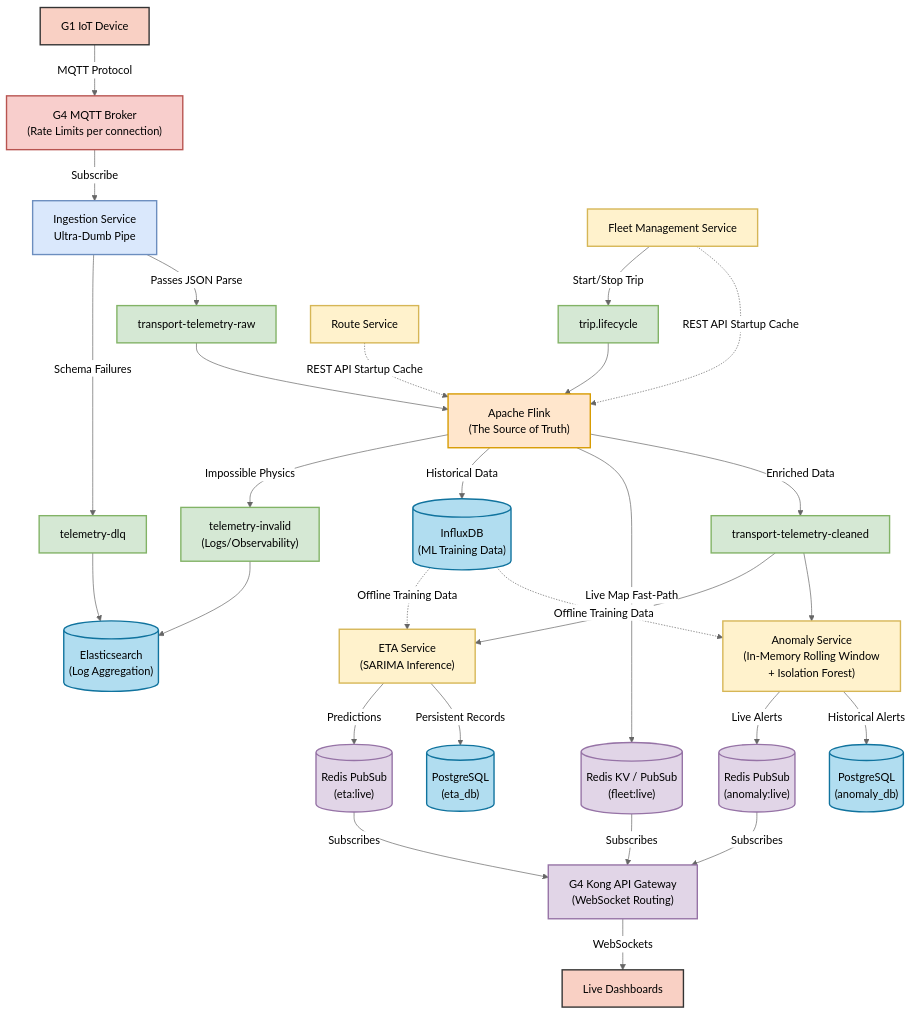
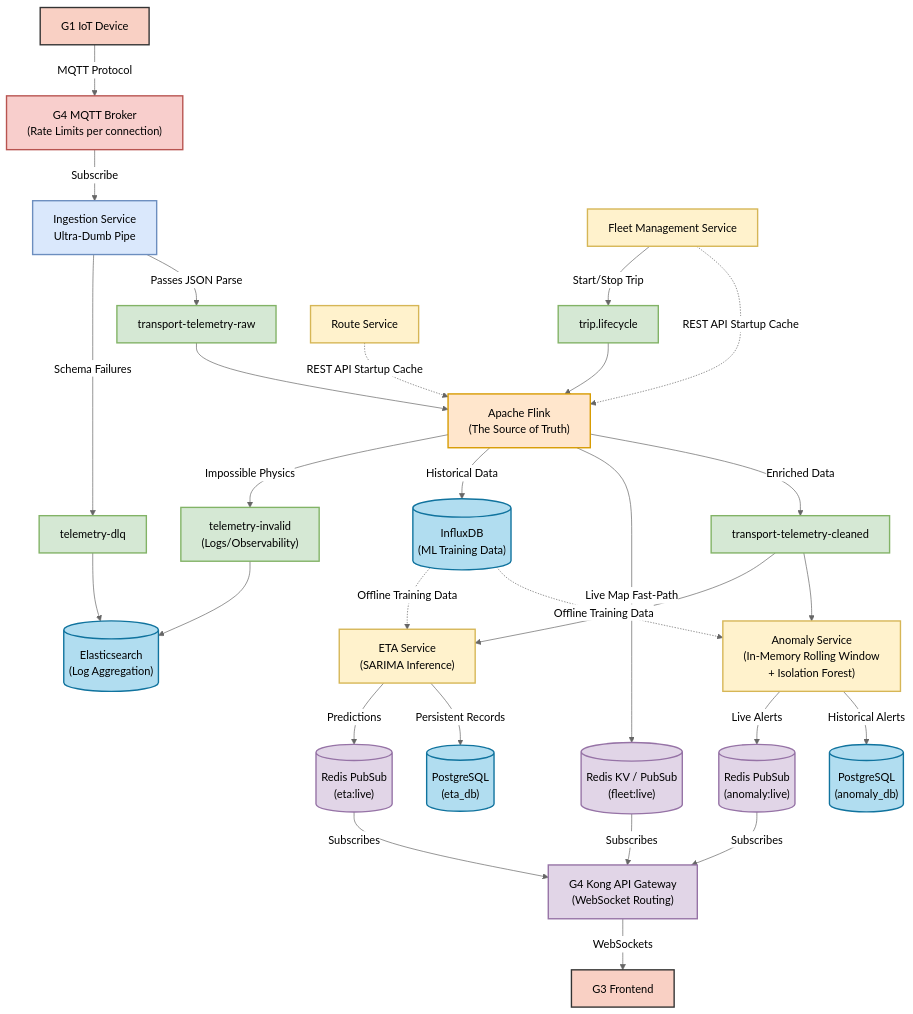
The diagram in docs/CR_1.md (OnTime-SE-G/ontime-g2), drawn with Mermaid (neutral theme) before and after one commit.

Commit message:
diagram changed

````diff
--- a/docs/CR_1.md
+++ b/docs/CR_1.md
@@ -18,52 +18,52 @@
 ```mermaid
 graph TD
     classDef g1 fill:#f9d0c4,stroke:#333,stroke-width:2px;
     classDef mqtt fill:#f8cecc,stroke:#b85450,stroke-width:2px;
     classDef ingest fill:#dae8fc,stroke:#6c8ebf,stroke-width:2px;
     classDef kafka fill:#d5e8d4,stroke:#82b366,stroke-width:2px;
     classDef flink fill:#ffe6cc,stroke:#d79b00,stroke-width:2px;
     classDef redis fill:#e1d5e7,stroke:#9673a6,stroke-width:2px;
     classDef service fill:#fff2cc,stroke:#d6b656,stroke-width:2px;
     classDef ws fill:#e1d5e7,stroke:#9673a6,stroke-width:2px;
     classDef db fill:#b1ddf0,stroke:#10739e,stroke-width:2px;
 
     G1["G1 IoT Device"]:::g1 -->|MQTT Protocol| Broker["G4 MQTT Broker<br>(Rate Limits per connection)"]:::mqtt
     
     Broker -->|Subscribe| Ingest["Ingestion Service<br>Ultra-Dumb Pipe"]:::ingest
     Ingest -->|Schema Failures| DLQ["telemetry-dlq"]:::kafka
     Ingest -->|Passes JSON Parse| Raw["transport-telemetry-raw"]:::kafka
     
     FleetService["Fleet Management Service"]:::service -->|Start/Stop Trip| Lifecycle["trip.lifecycle"]:::kafka
     RouteService["Route Service"]:::service -.->|REST API Startup Cache| Flink
     FleetService -.->|REST API Startup Cache| Flink
     
     Raw --> Flink["Apache Flink<br>(The Source of Truth)"]:::flink
     Lifecycle --> Flink
     
     Flink -->|Impossible Physics| Invalid["telemetry-invalid<br>(Logs/Observability)"]:::kafka
     Flink -->|Historical Data| InfluxDB[("InfluxDB<br>(ML Training Data)")]:::db
     Flink -->|Live Map Fast-Path| RedisLive[("Redis KV / PubSub<br>(fleet:live)")]:::redis
     Flink -->|Enriched Data| Cleaned["transport-telemetry-cleaned"]:::kafka
     
     Cleaned --> ETA["ETA Service<br>(SARIMA Inference)"]:::service
     Cleaned --> Anomaly["Anomaly Service<br>(In-Memory Rolling Window<br>+ Isolation Forest)"]:::service
     
     InfluxDB -.->|Offline Training Data| ETA
     InfluxDB -.->|Offline Training Data| Anomaly
     
     DLQ --> Elastic[("Elasticsearch<br>(Log Aggregation)")]:::db
     Invalid --> Elastic
     
     ETA -->|Predictions| RedisETA[("Redis PubSub<br>(eta:live)")]:::redis
     ETA -->|Persistent Records| ETADb[("PostgreSQL<br>(eta_db)")]:::db
     
     Anomaly -->|Live Alerts| RedisAnomaly[("Redis PubSub<br>(anomaly:live)")]:::redis
     Anomaly -->|Historical Alerts| AnomalyDb[("PostgreSQL<br>(anomaly_db)")]:::db
     
     %% Direct to Kong API Gateway Bypass
     RedisLive -->|Subscribes| Kong["G4 Kong API Gateway<br>(WebSocket Routing)"]:::ws
     RedisETA -->|Subscribes| Kong
     RedisAnomaly -->|Subscribes| Kong
     
-    Kong -->|WebSockets| Dashboard["Live Dashboards"]:::g1
+    Kong -->|WebSockets| Dashboard["G3 Frontend"]:::g1
 ```
````
